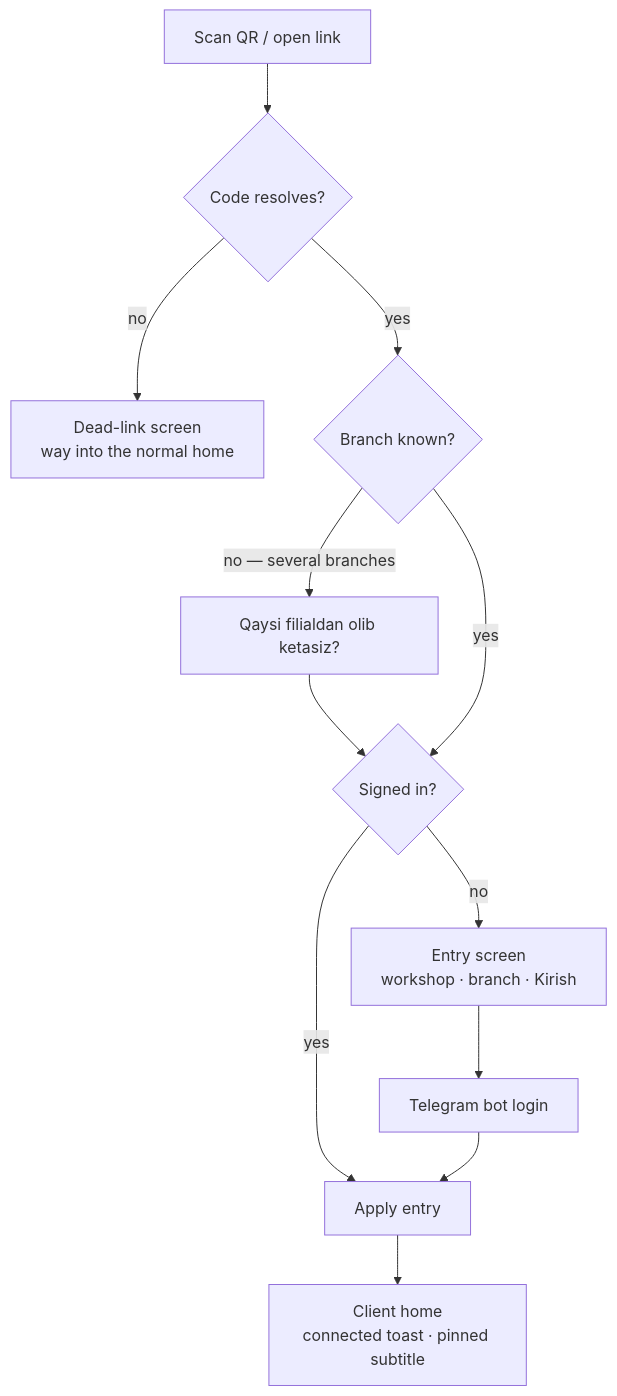
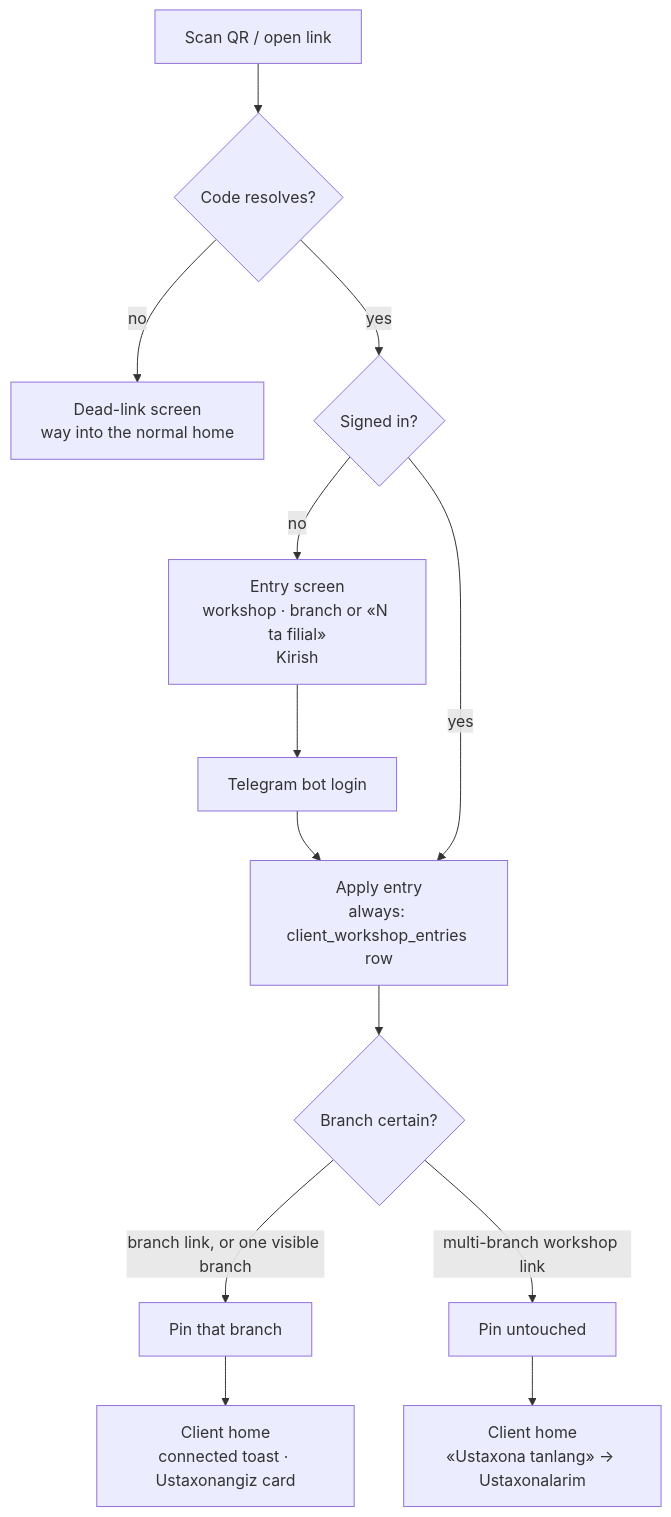
The diagram in docs/ref/features/client-entry.md (qadam-uz/mebel-pro), drawn with Mermaid before and after one commit. The commit also changed other lines of this file and 9 other files, not shown here.

````diff
--- a/docs/ref/features/client-entry.md
+++ b/docs/ref/features/client-entry.md
@@ -145,13 +182,14 @@
 ```mermaid
 flowchart TD
     QR[Scan QR / open link] --> R{Code resolves?}
     R -->|no| D["Dead-link screen<br/>way into the normal home"]
-    R -->|yes| B{Branch known?}
-    B -->|"no — several branches"| C["Qaysi filialdan olib ketasiz?"]
-    C --> S
-    B -->|yes| S{Signed in?}
-    S -->|yes| A[Apply entry]
-    S -->|no| L["Entry screen<br/>workshop · branch · Kirish"]
+    R -->|yes| S{Signed in?}
+    S -->|no| L["Entry screen<br/>workshop · branch or «N ta filial»<br/>Kirish"]
     L --> T[Telegram bot login] --> A
-    A --> H["Client home<br/>connected toast · pinned subtitle"]
+    S -->|yes| A["Apply entry<br/>always: client_workshop_entries row"]
+    A --> P{Branch certain?}
+    P -->|"branch link, or one visible branch"| PIN[Pin that branch]
+    P -->|"multi-branch workshop link"| NOPIN[Pin untouched]
+    PIN --> H["Client home<br/>connected toast · Ustaxonangiz card"]
+    NOPIN --> H2["Client home<br/>«Ustaxona tanlang» → Ustaxonalarim"]
 ```
````
